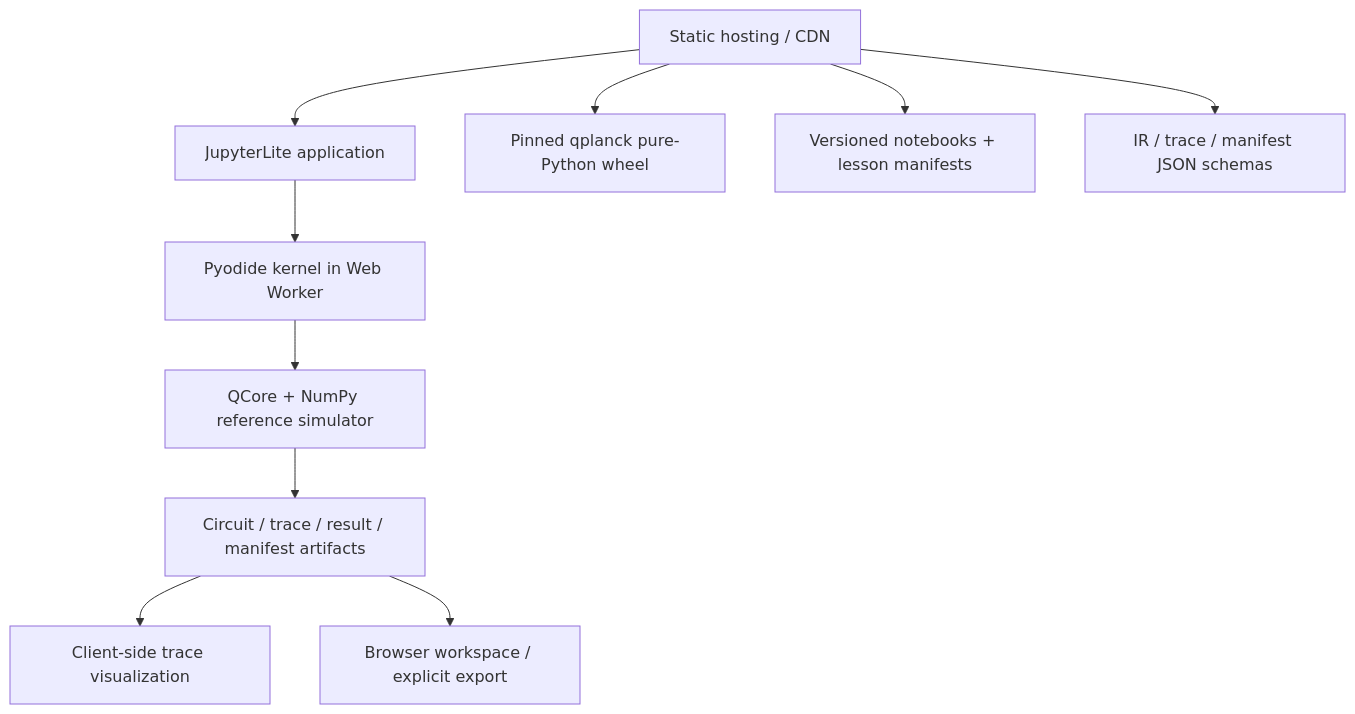
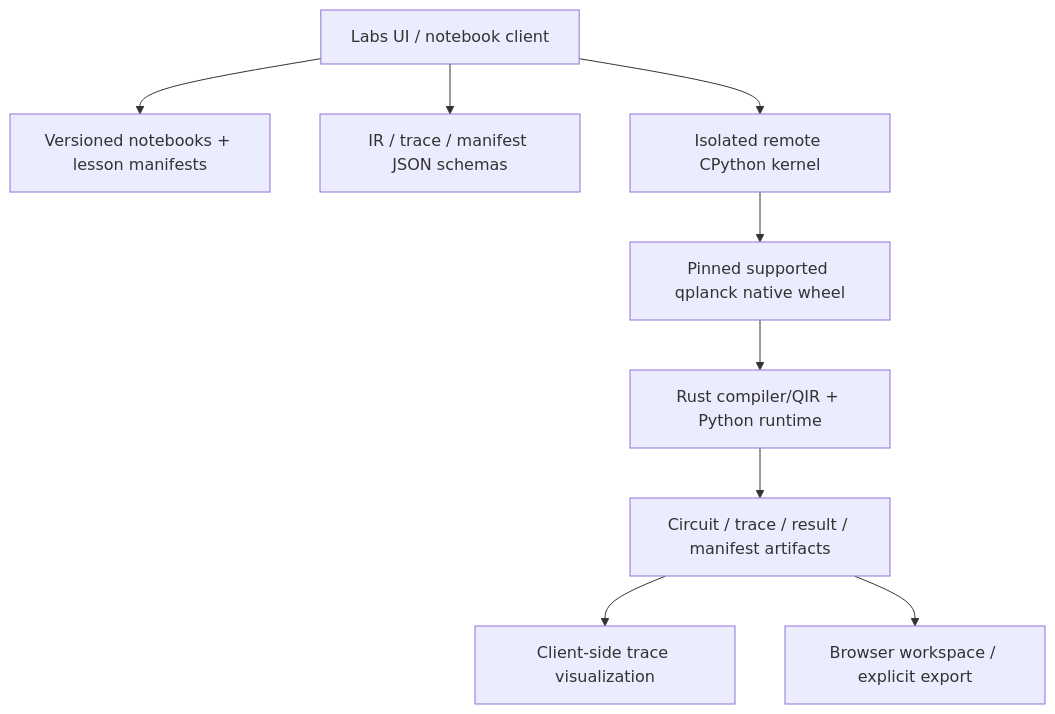
One commit to qplanck/qcore changed the diagram in docs/architecture/qplanck-labs.md. Above: the diagram before and after it, drawn with Mermaid. The commit also changed other lines of this file and 138 other files, not shown here.

````diff
--- a/docs/architecture/qplanck-labs.md
+++ b/docs/architecture/qplanck-labs.md
@@ -38,12 +40,11 @@
 ```mermaid
 flowchart TB
-    HOST["Static hosting / CDN"] --> APP["JupyterLite application"]
-    HOST --> WHEEL["Pinned qplanck pure-Python wheel"]
-    HOST --> NOTE["Versioned notebooks + lesson manifests"]
+    HOST["Labs UI / notebook client"] --> NOTE["Versioned notebooks + lesson manifests"]
     HOST --> SCHEMA["IR / trace / manifest JSON schemas"]
-    APP --> WORKER["Pyodide kernel in Web Worker"]
-    WORKER --> QCORE["QCore + NumPy reference simulator"]
+    HOST --> KERNEL["Isolated remote CPython kernel"]
+    KERNEL --> WHEEL["Pinned supported qplanck native wheel"]
+    WHEEL --> QCORE["Rust compiler/QIR + Python runtime"]
     QCORE --> ART["Circuit / trace / result / manifest artifacts"]
     ART --> VIEW["Client-side trace visualization"]
     ART --> FS["Browser workspace / explicit export"]
 ```
````
